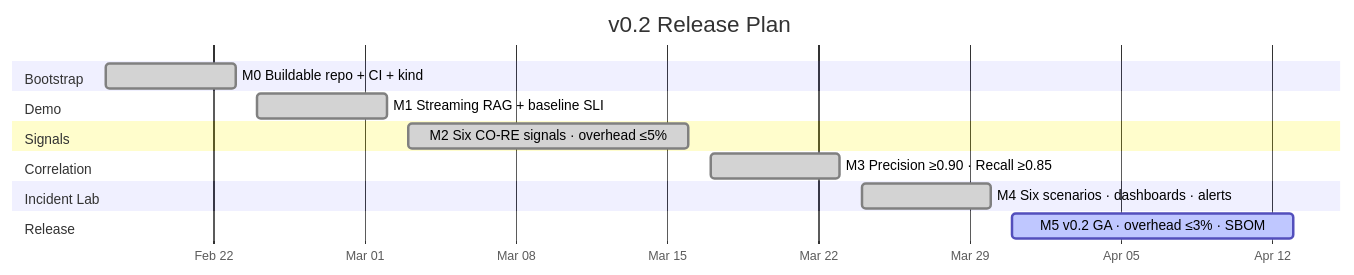
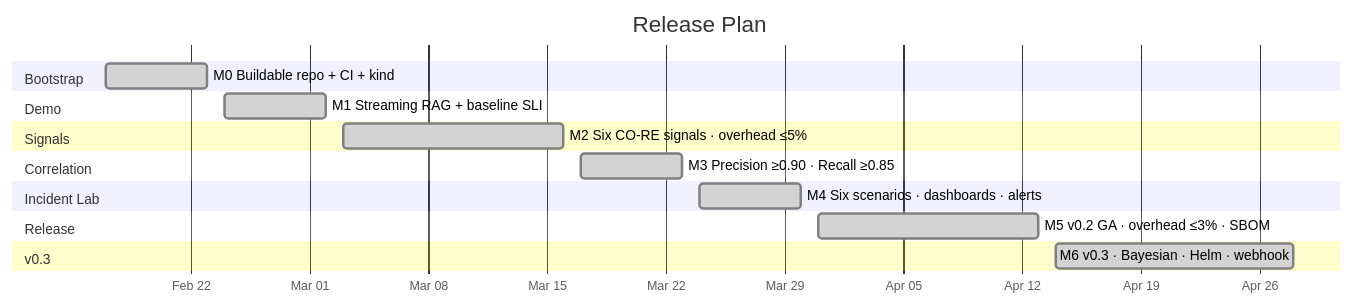
Before and after one commit to ogulcanaydogan/llm-slo-ebpf-toolkit: the tenth of 10 diagrams in README.md, drawn with Mermaid. The commit also changed other lines of this file and 23 other files, not shown here.

First line of the commit message:
feat: v0.3.0 — Bayesian attribution, 3 new eBPF probes, Helm chart, webhook, CD gate

````diff
--- a/README.md
+++ b/README.md
@@ -613,24 +618,27 @@
 ```mermaid
 gantt
-    title v0.2 Release Plan
+    title Release Plan
     dateFormat  YYYY-MM-DD
     axisFormat  %b %d
 
     section Bootstrap
     M0 Buildable repo + CI + kind          :done, m0, 2026-02-17, 2026-02-23
 
     section Demo
     M1 Streaming RAG + baseline SLI        :done, m1, 2026-02-24, 2026-03-02
 
     section Signals
     M2 Six CO-RE signals · overhead ≤5%    :done, m2, 2026-03-03, 2026-03-16
 
     section Correlation
     M3 Precision ≥0.90 · Recall ≥0.85     :done, m3, 2026-03-17, 2026-03-23
 
     section Incident Lab
     M4 Six scenarios · dashboards · alerts :done, m4, 2026-03-24, 2026-03-30
 
     section Release
-    M5 v0.2 GA · overhead ≤3% · SBOM      :active, m5, 2026-03-31, 2026-04-13
+    M5 v0.2 GA · overhead ≤3% · SBOM      :done, m5, 2026-03-31, 2026-04-13
+
+    section v0.3
+    M6 v0.3 · Bayesian · Helm · webhook   :done, m6, 2026-04-14, 2026-04-28
 ```
````
